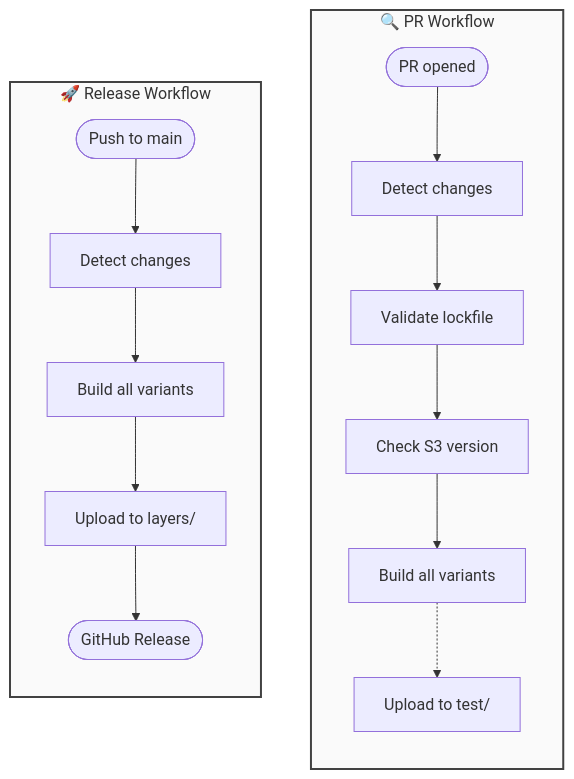
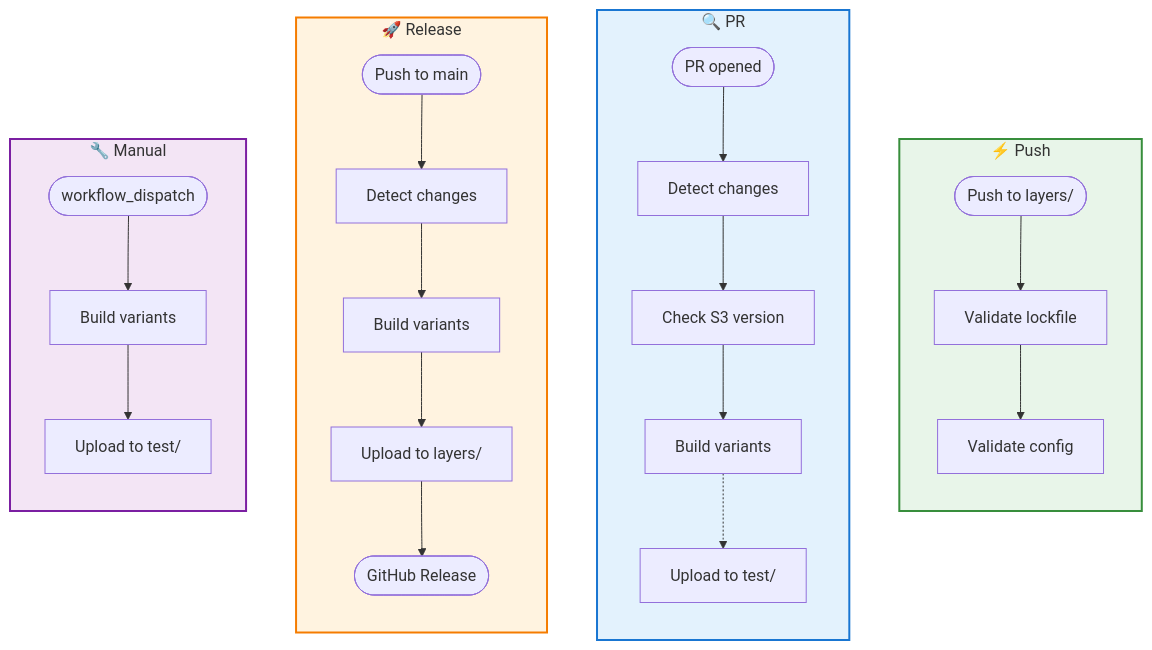
The third of 3 diagrams in README.md (luk-kop/aws-lambda-layers), drawn with Mermaid before and after one commit. The commit also changed other lines of this file and 3 other files, not shown here.

````diff
--- a/README.md
+++ b/README.md
@@ -197,25 +195,35 @@
 ```mermaid
 flowchart TB
-    subgraph PR["🔍 PR Workflow"]
+    subgraph Push["⚡ Push"]
+        direction TB
+        P1([Push to layers/]) --> P2[Validate lockfile]
+        P2 --> P3[Validate config]
+    end
+
+    subgraph PR["🔍 PR"]
         direction TB
         A([PR opened]) --> B[Detect changes]
-        B --> C[Validate lockfile]
-        C --> D[Check S3 version]
-        D --> E[Build all variants]
-        E -.-> F[Upload to test/]
+        B --> C[Check S3 version]
+        C --> D[Build variants]
+        D -.-> E[Upload to test/]
     end
 
-    subgraph Release["🚀 Release Workflow"]
+    subgraph Release["🚀 Release"]
         direction TB
         G([Push to main]) --> H[Detect changes]
-        H --> I[Build all variants]
+        H --> I[Build variants]
         I --> J[Upload to layers/]
         J --> K([GitHub Release])
     end
 
-    classDef trigger fill:#e3f2fd,stroke:#1976d2,stroke-width:2px,color:#0d47a1
-    classDef success fill:#c8e6c9,stroke:#2e7d32,stroke-width:2px,color:#1b5e20
+    subgraph Manual["🔧 Manual"]
+        direction TB
+        M1([workflow_dispatch]) --> M2[Build variants]
+        M2 --> M3[Upload to test/]
+    end
 
-    style PR fill:#fafafa,stroke:#424242,stroke-width:2px
-    style Release fill:#fafafa,stroke:#424242,stroke-width:2px
+    style Push fill:#e8f5e9,stroke:#388e3c,stroke-width:2px
+    style PR fill:#e3f2fd,stroke:#1976d2,stroke-width:2px
+    style Release fill:#fff3e0,stroke:#f57c00,stroke-width:2px
+    style Manual fill:#f3e5f5,stroke:#7b1fa2,stroke-width:2px
 ```
````
